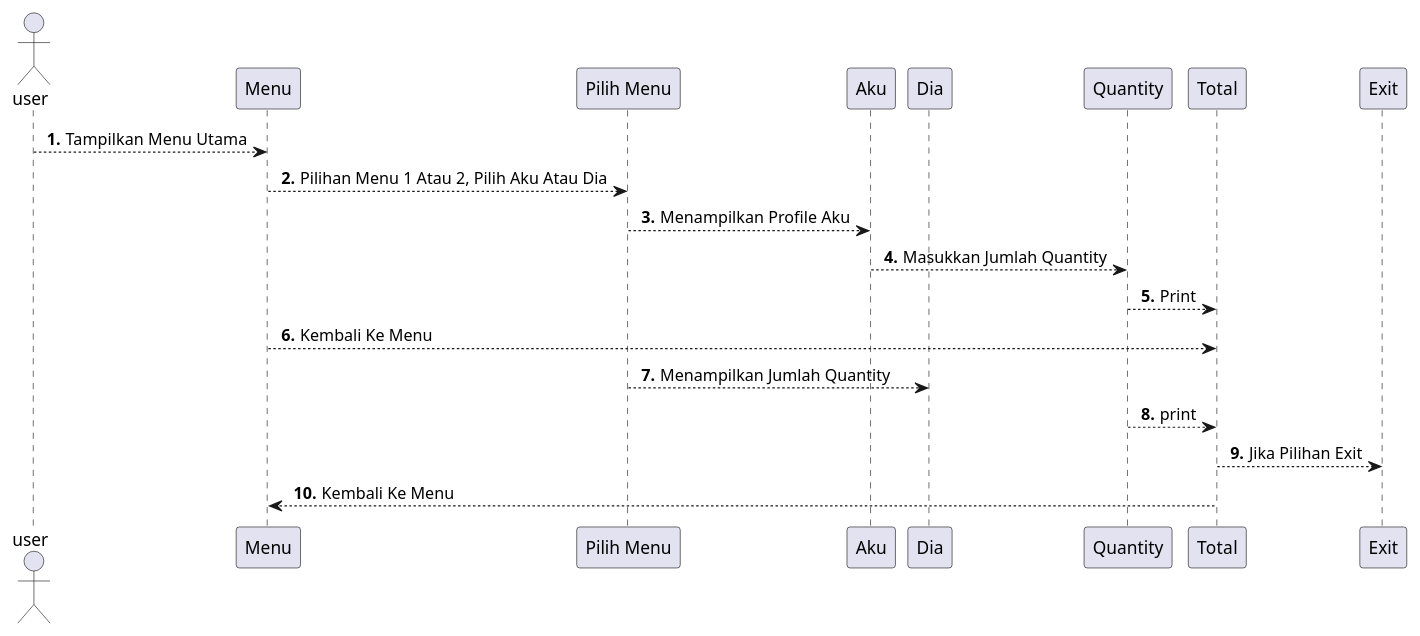
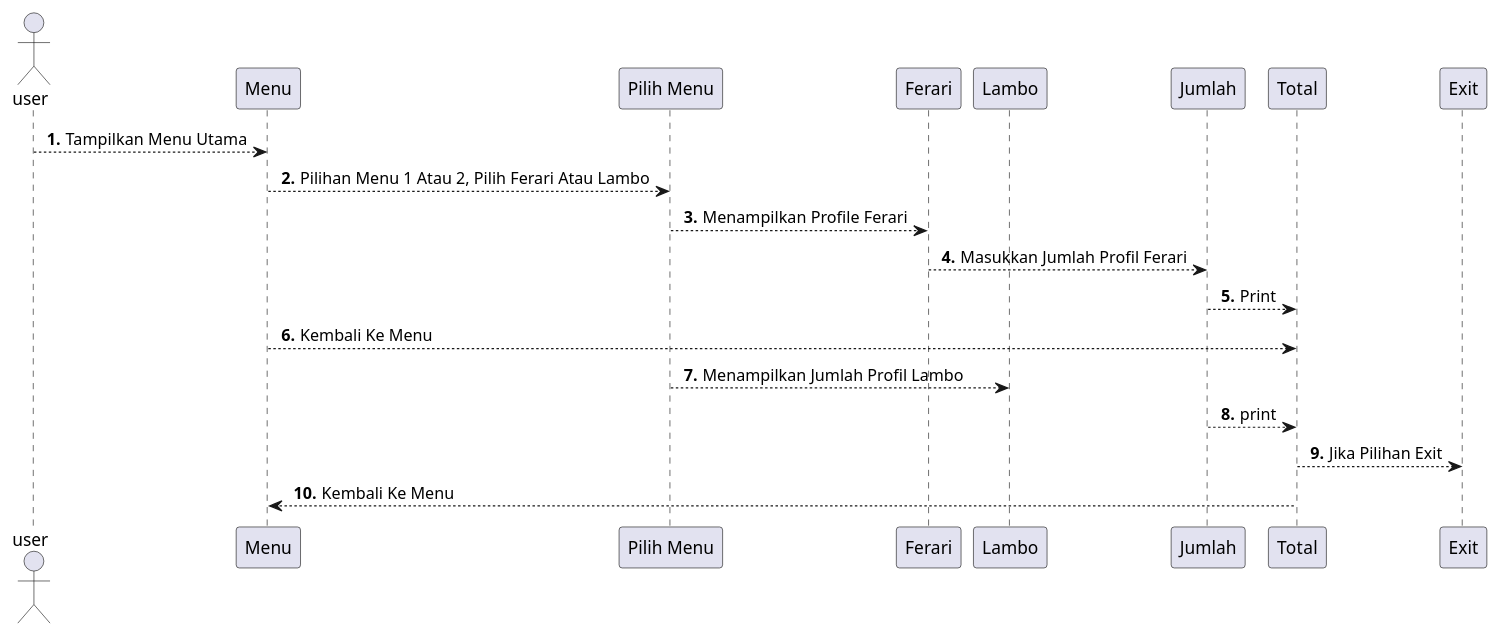
Before and after one commit to Adamputra77/bhs_pemrograman: the diagram in pert8/pert8.puml, drawn with PlantUML. The commit also changed 19 other files, not shown here.

```diff
--- a/pert8/pert8.puml
+++ b/pert8/pert8.puml
@@ -1,22 +1,22 @@
 @startuml pert8
 autonumber "<b> ." 
 actor user
 participant "Menu" as M
 participant "Pilih Menu" as pil
-participant "Aku" as A
-participant "Dia" as D
-participant "Quantity" as qty
+participant "Ferari" as Ferari
+participant "Lambo" as Lambo
+participant "Jumlah" as jmlh
 participant "Total" as tot
 participant "Exit" as X
 
 user --> M: Tampilkan Menu Utama
-M --> pil: Pilihan Menu 1 Atau 2, Pilih Aku Atau Dia
-pil --> A: Menampilkan Profile Aku
-A --> qty: Masukkan Jumlah Quantity
-qty --> tot: Print
+M --> pil: Pilihan Menu 1 Atau 2, Pilih Ferari Atau Lambo
+pil --> Ferari: Menampilkan Profile Ferari
+Ferari --> jmlh: Masukkan Jumlah Profil Ferari
+jmlh --> tot: Print
 M --> tot: Kembali Ke Menu
-pil --> D: Menampilkan Jumlah Quantity
-qty --> tot: print
+pil --> Lambo: Menampilkan Jumlah Profil Lambo
+jmlh --> tot: print
 tot --> X: Jika Pilihan Exit
 M <-- tot: Kembali Ke Menu
 @enduml
```
